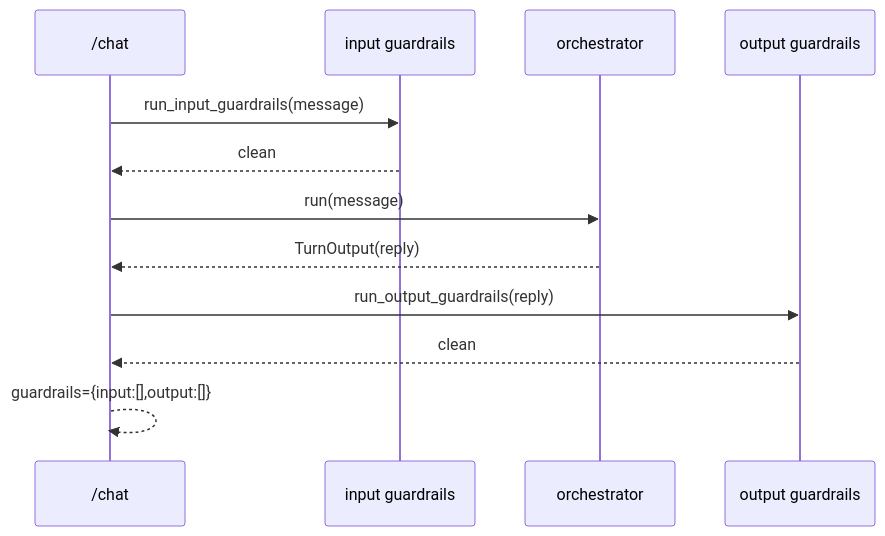
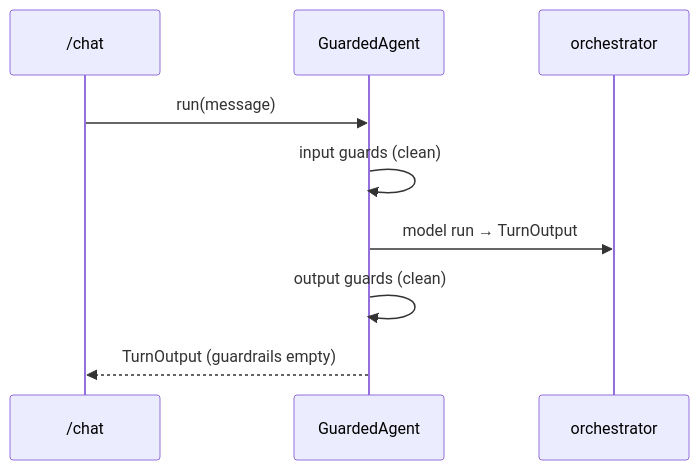
The first of 2 diagrams in specs/guardrails/design.md (alejandrovelez243/zapp-test), drawn with Mermaid before and after one commit. The commit also changed other lines of this file and 2 other files, not shown here.

First line of the commit message:
design: guardrails → GuardedAgent framework migration (spec update)

````diff
--- a/specs/guardrails/design.md
+++ b/specs/guardrails/design.md
@@ -82,14 +62,11 @@
 ```mermaid
 sequenceDiagram
   participant API as /chat
-  participant GI as input guardrails
+  participant GA as GuardedAgent
   participant Orc as orchestrator
-  participant GO as output guardrails
-  API->>GI: run_input_guardrails(message)
-  GI-->>API: clean
-  API->>Orc: run(message)
-  Orc-->>API: TurnOutput(reply)
-  API->>GO: run_output_guardrails(reply)
-  GO-->>API: clean
-  API-->>API: guardrails={input:[],output:[]}
+  API->>GA: run(message)
+  GA->>GA: input guards (clean)
+  GA->>Orc: model run → TurnOutput
+  GA->>GA: output guards (clean)
+  GA-->>API: TurnOutput (guardrails empty)
 ```
````
